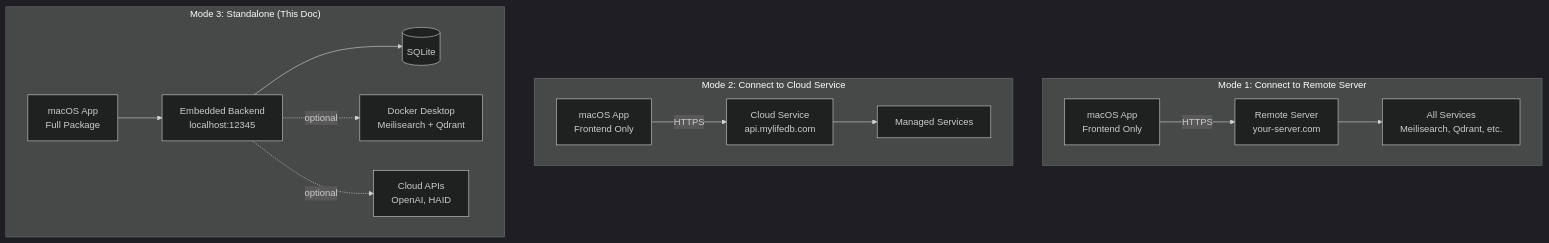
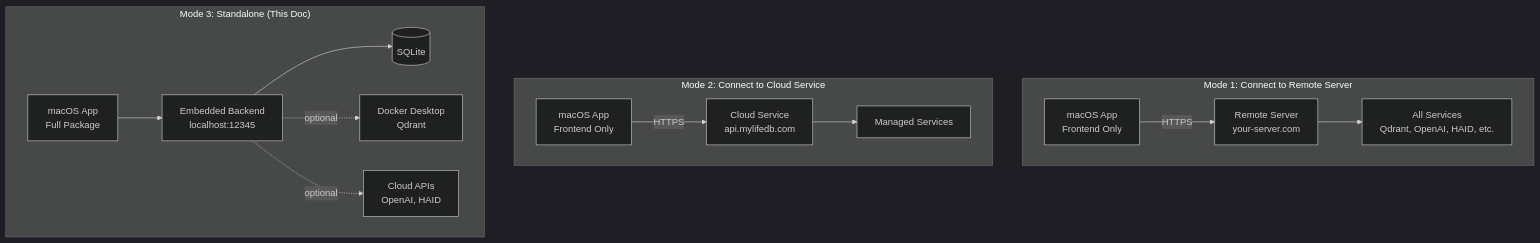
One commit to xiaoyuanzhu-com/my-life-db-docs changed the fifth of 8 diagrams in src/content/docs/internal/architecture/macos-standalone-architecture.md. Above: the diagram before and after it, drawn with Mermaid (dark theme). The commit also changed other lines of this file and 17 other files, not shown here.

````diff
--- a/src/content/docs/internal/architecture/macos-standalone-architecture.md
+++ b/src/content/docs/internal/architecture/macos-standalone-architecture.md
@@ -161,20 +157,20 @@
 ```mermaid
 graph TB
     subgraph "Mode 1: Connect to Remote Server"
         M1_APP[macOS App<br/>Frontend Only] -->|HTTPS| M1_SERVER[Remote Server<br/>your-server.com]
-        M1_SERVER --> M1_SERVICES[All Services<br/>Meilisearch, Qdrant, etc.]
+        M1_SERVER --> M1_SERVICES[All Services<br/>Qdrant, OpenAI, HAID, etc.]
     end
 
     subgraph "Mode 2: Connect to Cloud Service"
         M2_APP[macOS App<br/>Frontend Only] -->|HTTPS| M2_CLOUD[Cloud Service<br/>api.mylifedb.com]
         M2_CLOUD --> M2_SERVICES[Managed Services]
     end
 
     subgraph "Mode 3: Standalone (This Doc)"
         M3_APP[macOS App<br/>Full Package]
         M3_APP --> M3_BACKEND[Embedded Backend<br/>localhost:12345]
         M3_BACKEND --> M3_SQLITE[(SQLite)]
-        M3_BACKEND -.->|optional| M3_DOCKER[Docker Desktop<br/>Meilisearch + Qdrant]
+        M3_BACKEND -.->|optional| M3_DOCKER[Docker Desktop<br/>Qdrant]
         M3_BACKEND -.->|optional| M3_APIS[Cloud APIs<br/>OpenAI, HAID]
     end
 ```
````
